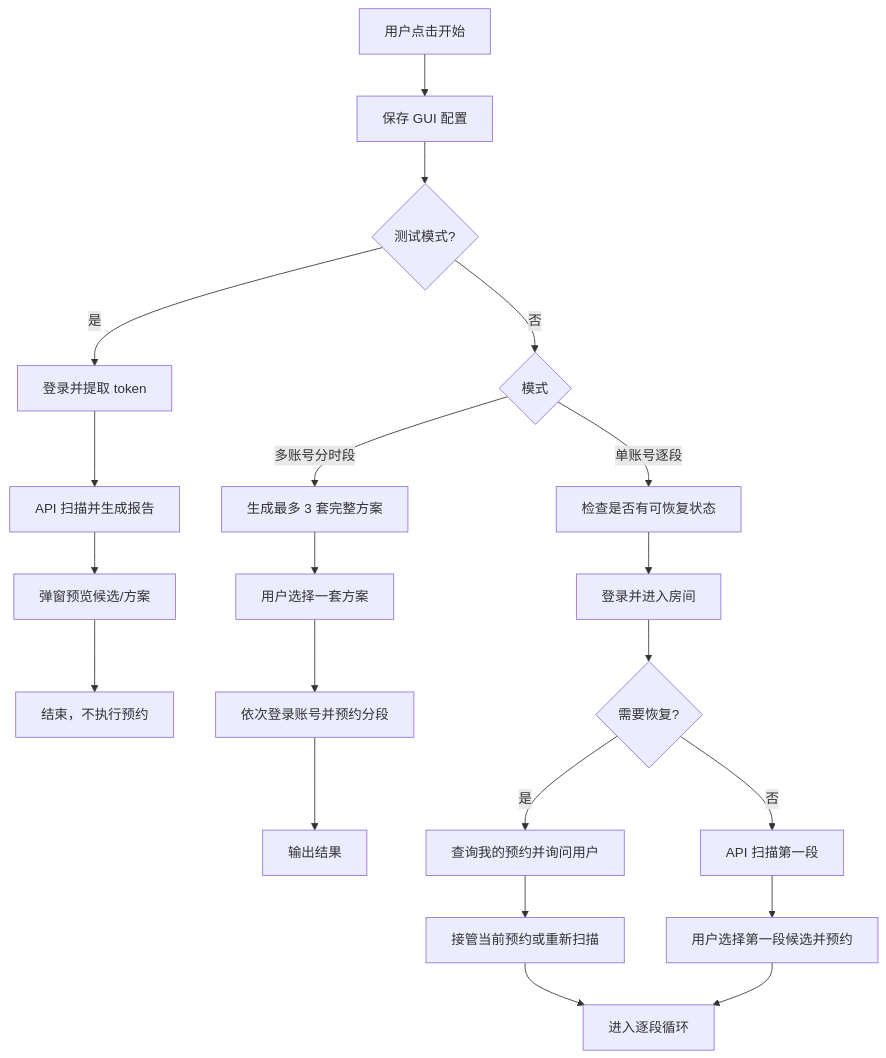
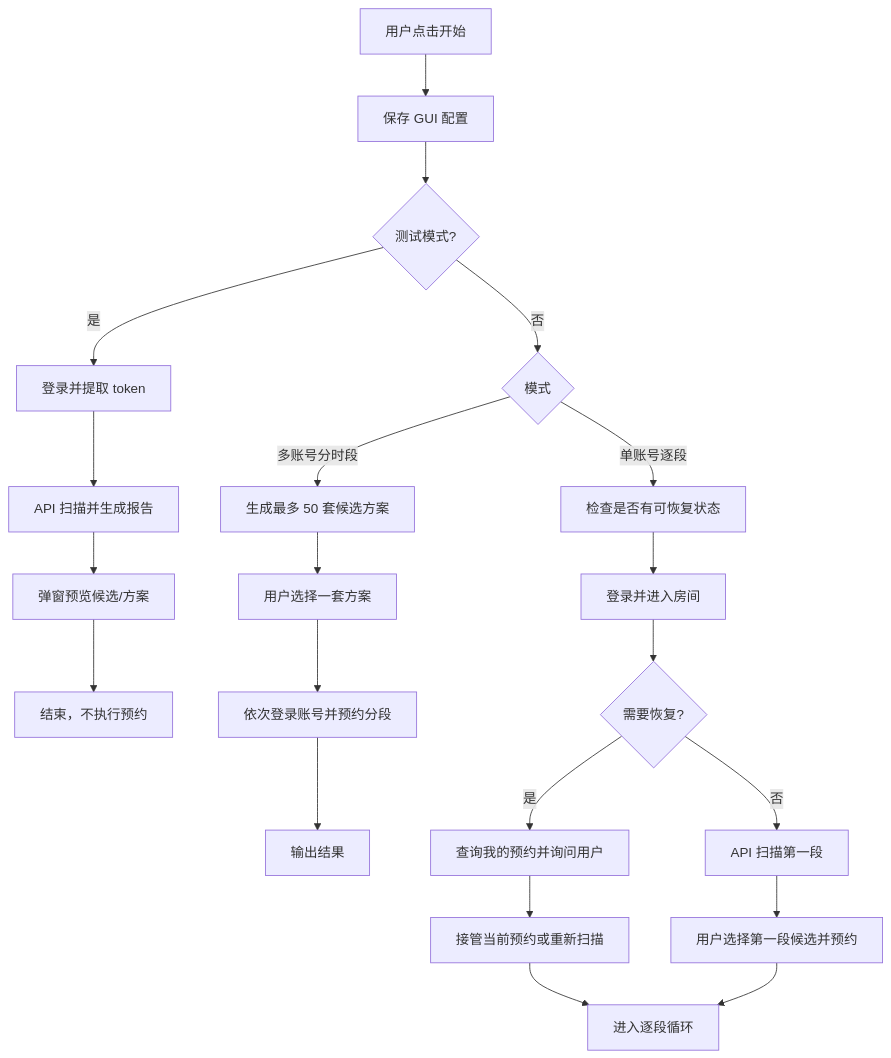
The first of 4 diagrams in docs/FLOWS.md (LiuDaCheng666/LNU-LibSeat), drawn with Mermaid before and after one commit. The commit also changed 31 other files, not shown here.

````diff
--- a/docs/FLOWS.md
+++ b/docs/FLOWS.md
@@ -7,25 +7,25 @@
 ```mermaid
 flowchart TD
     A["用户点击开始"] --> B["保存 GUI 配置"]
     B --> C{"测试模式?"}
     C -- "是" --> D["登录并提取 token"]
     D --> E["API 扫描并生成报告"]
     E --> E2["弹窗预览候选/方案"]
     E2 --> Z1["结束，不执行预约"]
 
     C -- "否" --> F{"模式"}
-    F -- "多账号分时段" --> G["生成最多 3 套完整方案"]
+    F -- "多账号分时段" --> G["生成最多 50 套候选方案"]
     G --> H["用户选择一套方案"]
     H --> I["依次登录账号并预约分段"]
     I --> Z2["输出结果"]
 
     F -- "单账号逐段" --> J["检查是否有可恢复状态"]
     J --> K["登录并进入房间"]
     K --> L{"需要恢复?"}
     L -- "是" --> M["查询我的预约并询问用户"]
     L -- "否" --> N["API 扫描第一段"]
     M --> O["接管当前预约或重新扫描"]
     N --> P["用户选择第一段候选并预约"]
     O --> Q["进入逐段循环"]
     P --> Q
 ```
````
